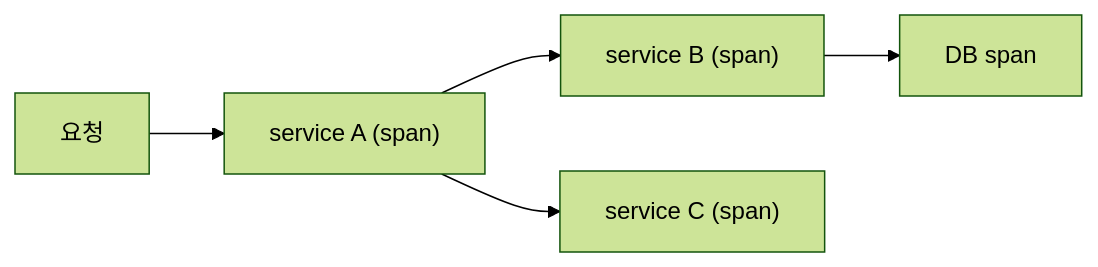
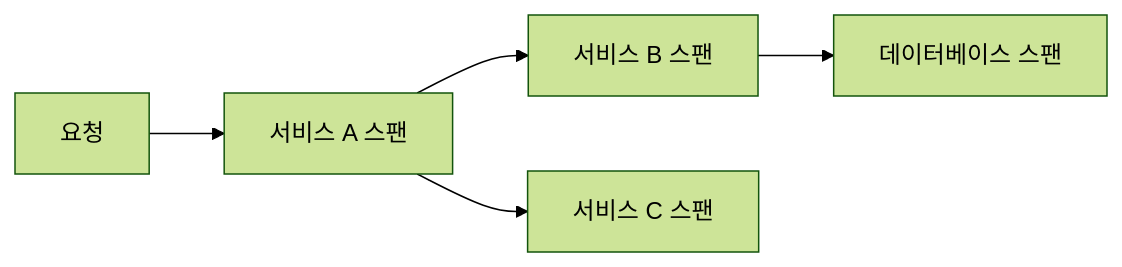
One commit to yeongseon-books/book-content changed the diagram in content/observability-101/ko/05-distributed-tracing.md. Above: the diagram before and after it, drawn with Mermaid (forest theme). The commit also changed other lines of this file and 9 other files, not shown here.

````diff
--- a/content/observability-101/ko/05-distributed-tracing.md
+++ b/content/observability-101/ko/05-distributed-tracing.md
@@ -35,7 +49,7 @@
 ```mermaid
 flowchart LR
-    R["요청"] --> A["service A (span)"]
-    A --> B["service B (span)"]
-    A --> C["service C (span)"]
-    B --> D["DB span"]
+    R["요청"] --> A["서비스 A 스팬"]
+    A --> B["서비스 B 스팬"]
+    A --> C["서비스 C 스팬"]
+    B --> D["데이터베이스 스팬"]
 ```
````
